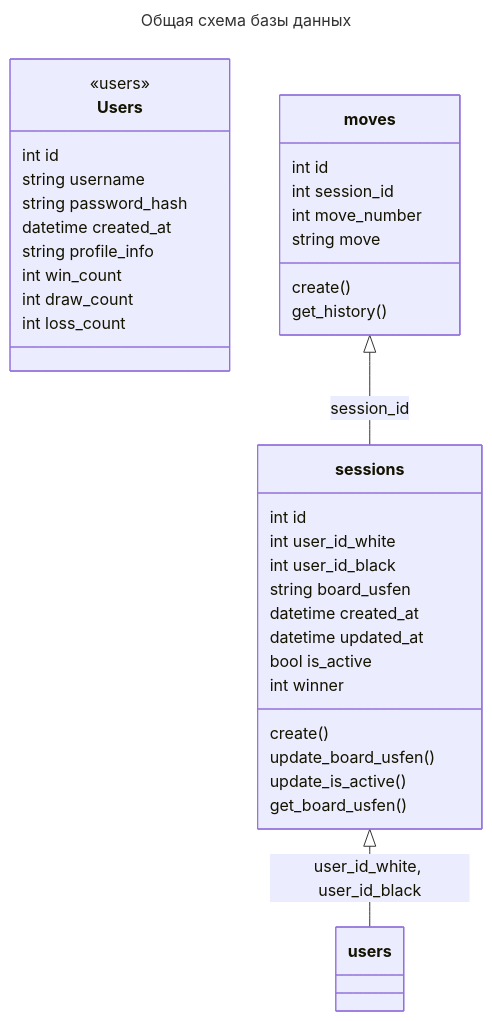
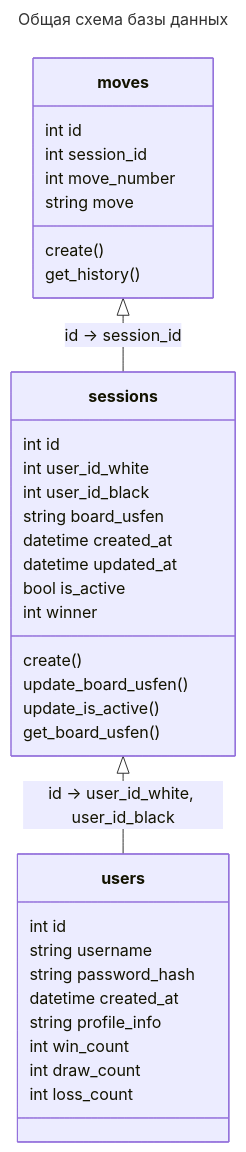
The diagram in docs/database.md (sadmadrus/chessBox), drawn with Mermaid before and after one commit.

Commit message:
fix mermaid schema

````diff
--- a/docs/database.md
+++ b/docs/database.md
@@ -5,42 +5,48 @@
 ```mermaid
 ---
 title: Общая схема базы данных
 ---  
 classDiagram
 
-class Users {
-  <<users>>
+class users {
   int id
   string username
   string password_hash
   datetime created_at
   string profile_info
   int win_count
   int draw_count
   int loss_count
 }
 
-sessions <|-- users : user_id_white, user_id_black
-sessions : int id
-sessions : int user_id_white
-sessions : int user_id_black
-sessions : string board_usfen
-sessions : datetime created_at
-sessions : datetime updated_at
-sessions : bool is_active
-sessions : int winner
+class sessions {
+  int id
+  int user_id_white
+  int user_id_black
+  string board_usfen
+  datetime created_at
+  datetime updated_at
+  bool is_active
+  int winner
+  
+  create()
+  update_board_usfen()
+  update_is_active()
+  get_board_usfen()
+}
 
-sessions : create()
-sessions : update_board_usfen()
-sessions : update_is_active()
-sessions : get_board_usfen()
+sessions <|-- users : id -> user_id_white, user_id_black
 
-moves <|-- sessions : session_id
-moves : int id
-moves : int session_id
-moves : int move_number
-moves : string move
+class moves {
+  int id
+  int session_id
+  int move_number
+  string move
+  
+  create()
+  get_history()
+}
 
-moves : create()
-moves : get_history()
+moves <|-- sessions : id -> session_id
+
 ```
````
